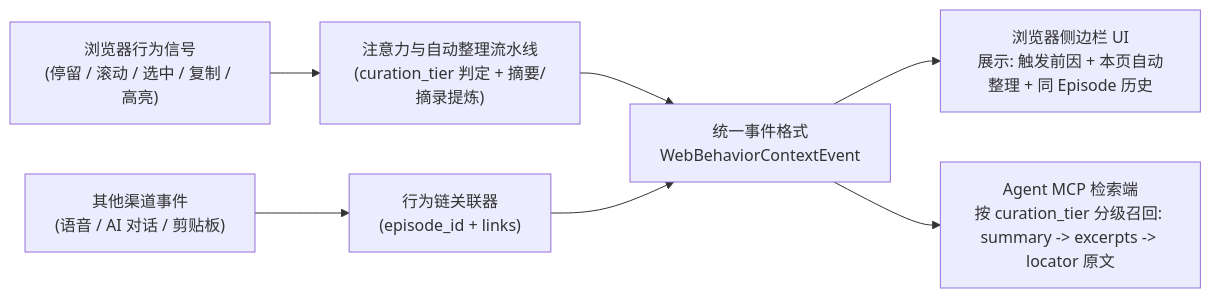
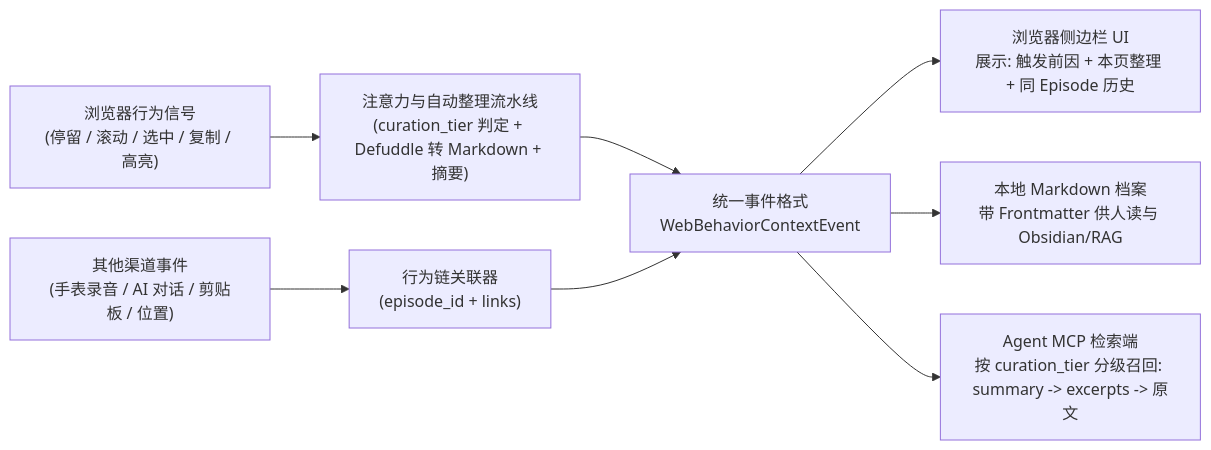
The diagram in docs/research/design-reflections.md (BENZEMA216/context-instrumentality-project), drawn with Mermaid before and after one commit. The commit also changed other lines of this file and 2 other files, not shown here.

Commit message:
docs(schema): sync Google Sheet review with L2 deep dives, QA and 4 new candidates

````diff
--- a/docs/research/design-reflections.md
+++ b/docs/research/design-reflections.md
@@ -170,9 +150,10 @@
 ```mermaid
 flowchart LR
-    B["浏览器行为信号\n(停留 / 滚动 / 选中 / 复制 / 高亮)"] --> S["注意力与自动整理流水线\n(curation_tier 判定 + 摘要/摘录提炼)"]
-    C["其他渠道事件\n(语音 / AI 对话 / 剪贴板)"] --> L["行为链关联器\n(episode_id + links)"]
+    B["浏览器行为信号\n(停留 / 滚动 / 选中 / 复制 / 高亮)"] --> S["注意力与自动整理流水线\n(curation_tier 判定 + Defuddle 转 Markdown + 摘要)"]
+    C["其他渠道事件\n(手表录音 / AI 对话 / 剪贴板 / 位置)"] --> L["行为链关联器\n(episode_id + links)"]
     S --> E["统一事件格式\nWebBehaviorContextEvent"]
     L --> E
-    E --> UI["浏览器侧边栏 UI\n展示: 触发前因 + 本页自动整理 + 同 Episode 历史"]
-    E --> MCP["Agent MCP 检索端\n按 curation_tier 分级召回: summary -> excerpts -> locator 原文"]
+    E --> UI["浏览器侧边栏 UI\n展示: 触发前因 + 本页整理 + 同 Episode 历史"]
+    E --> MD["本地 Markdown 档案\n带 Frontmatter 供人读与 Obsidian/RAG"]
+    E --> MCP["Agent MCP 检索端\n按 curation_tier 分级召回: summary -> excerpts -> 原文"]
 ```
````
